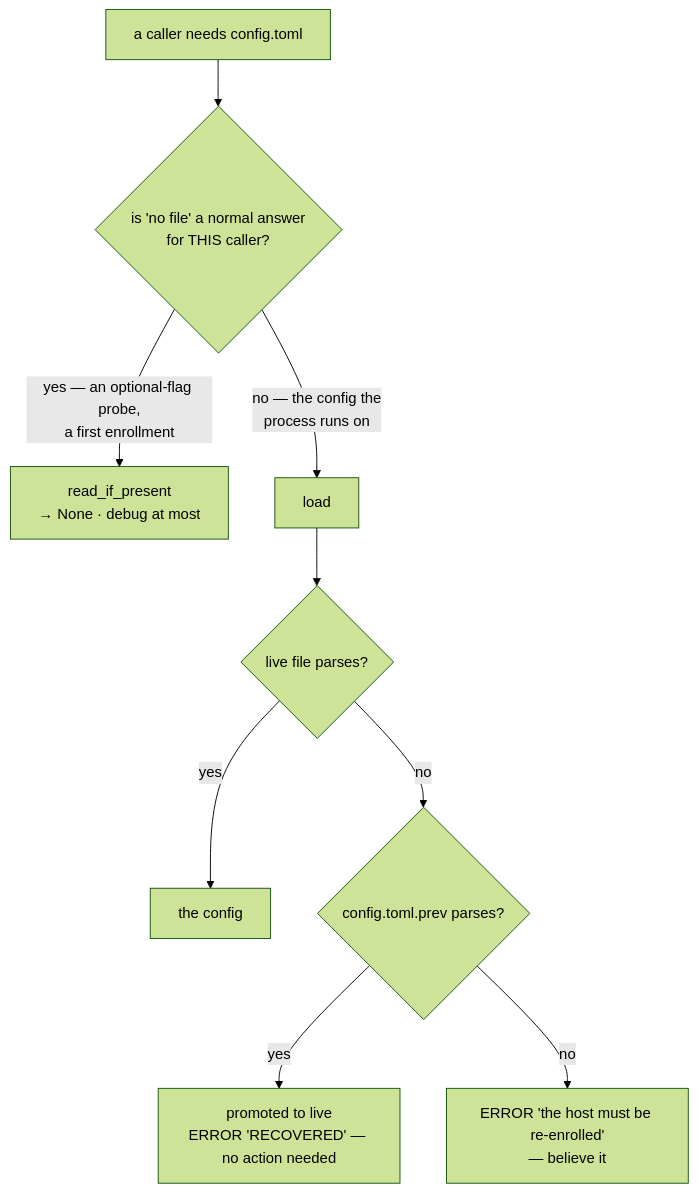
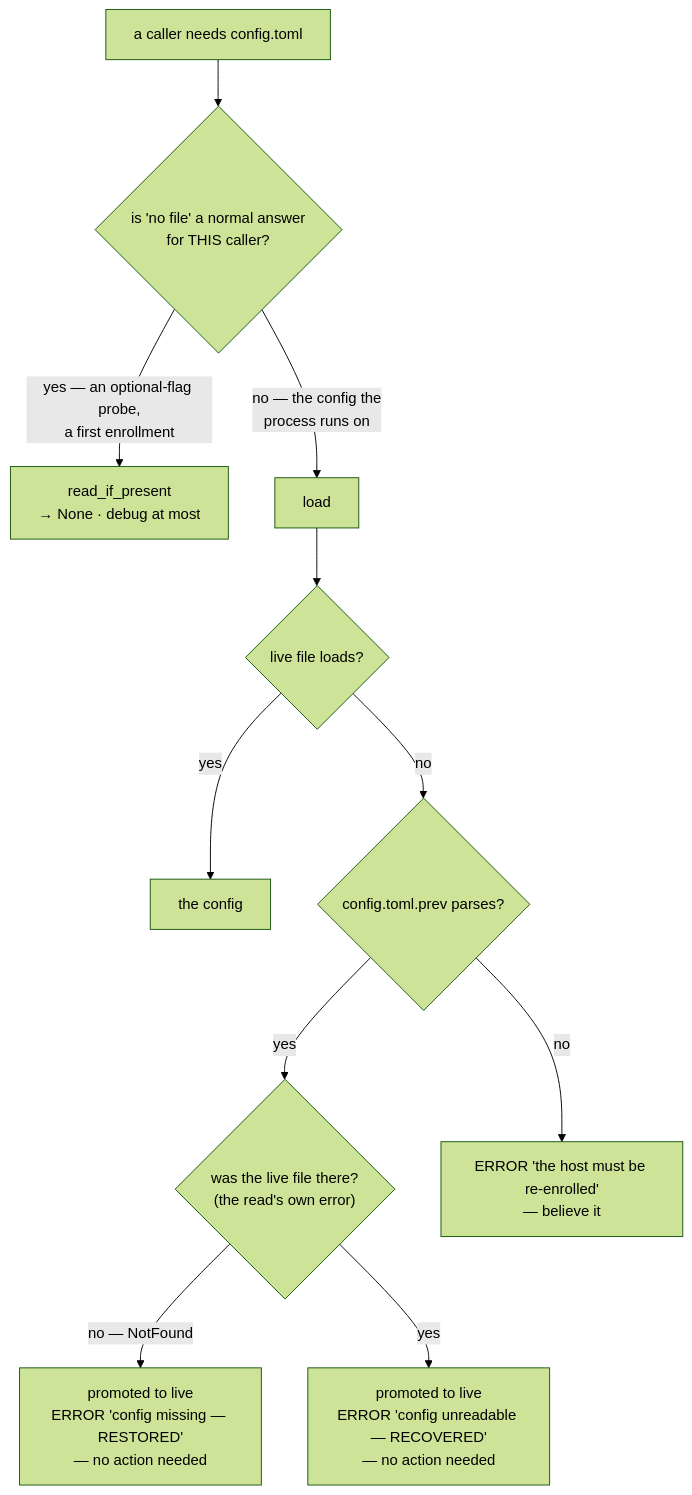
The sixth of 24 diagrams in docs/installation.md (gjovanov/roomler-ai), drawn with Mermaid (forest theme) before and after one commit. The commit also changed other lines of this file and 15 other files, not shown here.

````diff
--- a/docs/installation.md
+++ b/docs/installation.md
@@ -582,11 +582,13 @@
 ```mermaid
 flowchart TD
     Q["a caller needs config.toml"] --> A{"is 'no file' a normal answer<br/>for THIS caller?"}
     A -->|"yes — an optional-flag probe,<br/>a first enrollment"| P["read_if_present<br/>→ None · debug at most"]
     A -->|"no — the config the<br/>process runs on"| L["load"]
-    L --> T{"live file parses?"}
+    L --> T{"live file loads?"}
     T -->|"yes"| OK["the config"]
     T -->|"no"| V{"config.toml.prev parses?"}
-    V -->|"yes"| R["promoted to live<br/>ERROR 'RECOVERED' — no action needed"]
+    V -->|"yes"| W{"was the live file there?<br/>(the read's own error)"}
+    W -->|"no — NotFound"| RM["promoted to live<br/>ERROR 'config missing — RESTORED'<br/>— no action needed"]
+    W -->|"yes"| R["promoted to live<br/>ERROR 'config unreadable — RECOVERED'<br/>— no action needed"]
     V -->|"no"| E["ERROR 'the host must be re-enrolled'<br/>— believe it"]
 ```
````
